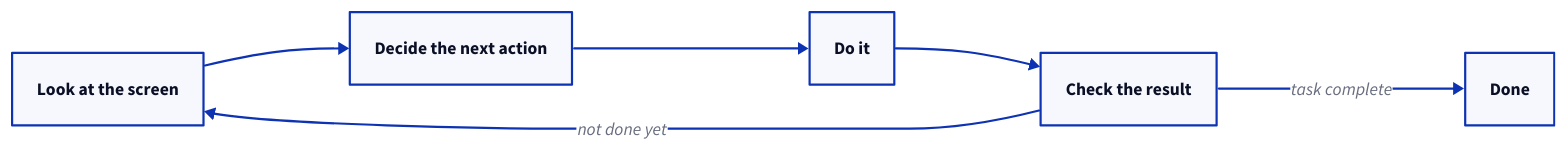
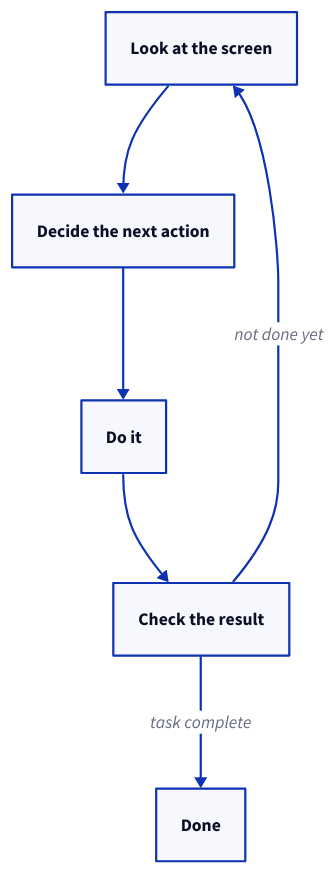
One commit to tallyfy/documentation changed the first of 2 diagrams in src/content/docs/pro/integrations/computer-ai-agents/local-computer-use-agents.mdx. Above: the diagram before and after it, drawn with D2. The commit also changed other lines of this file and 14 other files, not shown here.

First line of the commit message:
Redraw 15 diagrams and remove 1 so their text reads at full size

````diff
--- a/src/content/docs/pro/integrations/computer-ai-agents/local-computer-use-agents.mdx
+++ b/src/content/docs/pro/integrations/computer-ai-agents/local-computer-use-agents.mdx
@@ -44,10 +44,12 @@
 ```d2
-direction: right
+# The local agent's loop: look, decide, act, check
+direction: down
 Perceive: Look at the screen
 Reason: Decide the next action
 Act: Do it
 Observe: Check the result
+Done: Done
 Perceive -> Reason -> Act -> Observe
 Observe -> Perceive: not done yet
 Observe -> Done: task complete
 ```
````
